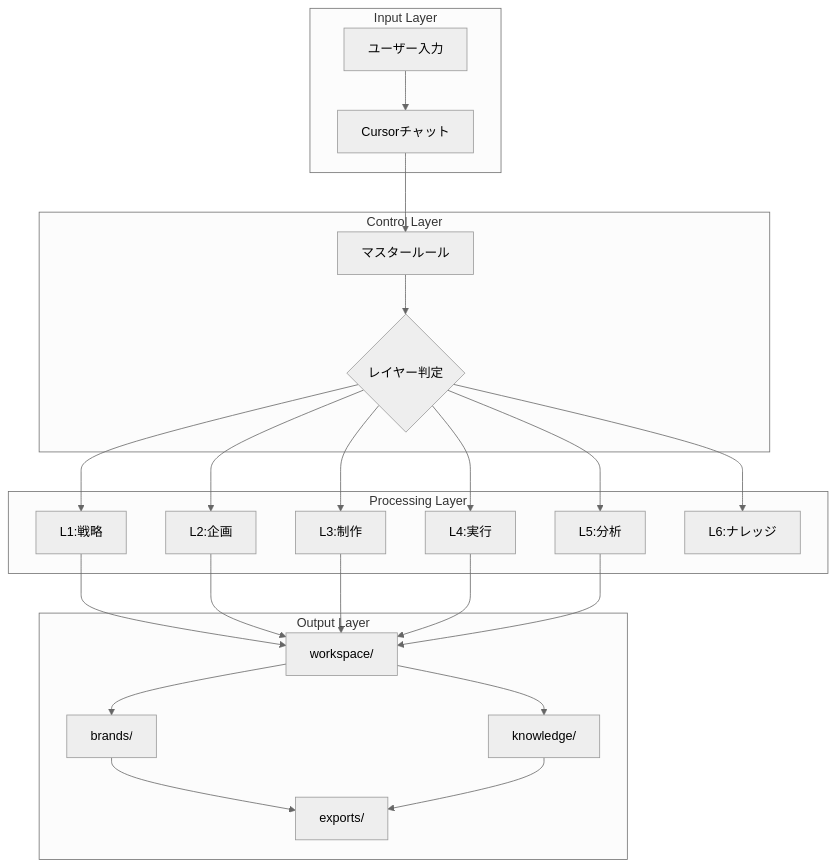
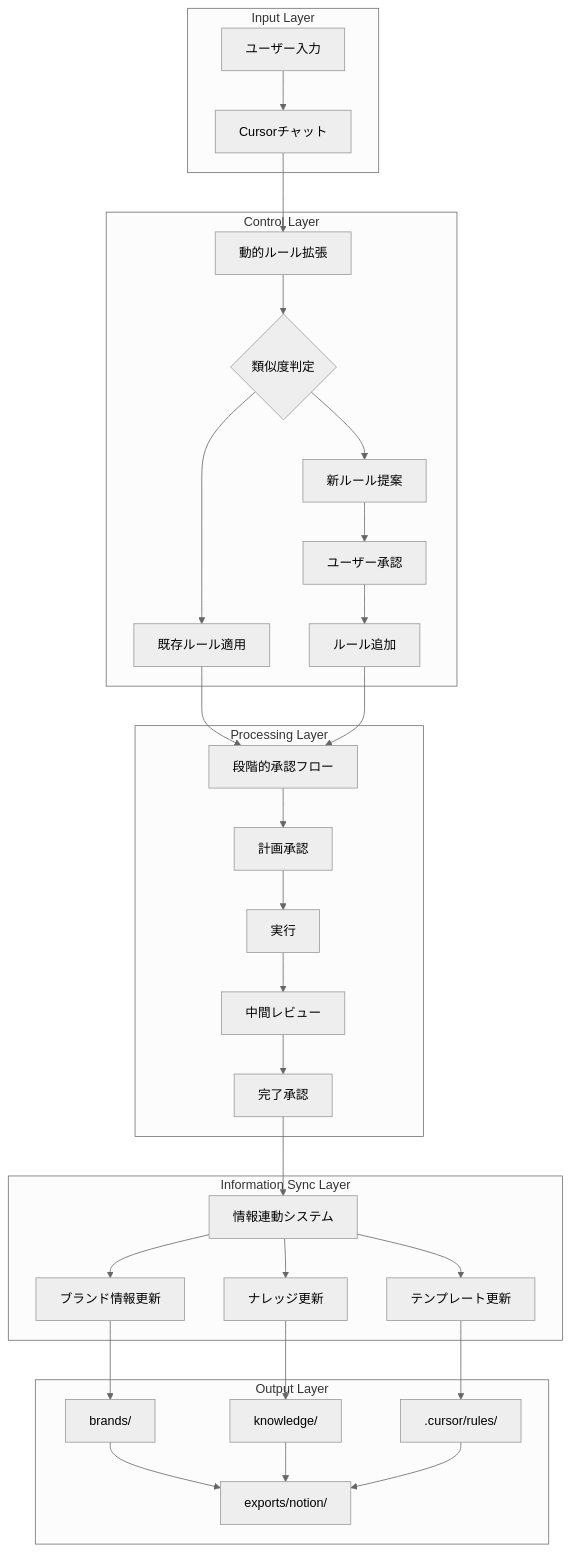
Before and after one commit to t-hamamura/mc-aipm_v0: the first of 2 diagrams in README.md, drawn with Mermaid (neutral theme). The commit also changed other lines of this file and 4 other files, not shown here.

````diff
--- a/README.md
+++ b/README.md
@@ -32,32 +39,40 @@
 ```mermaid
 graph TB
     subgraph "Input Layer"
         A[ユーザー入力] --> B[Cursorチャット]
     end
     
     subgraph "Control Layer"
-        B --> C[マスタールール]
-        C --> D{レイヤー判定}
+        B --> C[動的ルール拡張]
+        C --> D{類似度判定}
+        D --> E[既存ルール適用]
+        D --> F[新ルール提案]
+        F --> G[ユーザー承認]
+        G --> H[ルール追加]
     end
     
     subgraph "Processing Layer"
-        D --> E1[L1:戦略]
-        D --> E2[L2:企画]
-        D --> E3[L3:制作]
-        D --> E4[L4:実行]
-        D --> E5[L5:分析]
-        D --> E6[L6:ナレッジ]
+        E --> I1[段階的承認フロー]
+        H --> I1
+        I1 --> J1[計画承認]
+        J1 --> J2[実行]
+        J2 --> J3[中間レビュー]
+        J3 --> J4[完了承認]
+    end
+    
+    subgraph "Information Sync Layer"
+        J4 --> K[情報連動システム]
+        K --> L[ブランド情報更新]
+        K --> M[ナレッジ更新]
+        K --> N[テンプレート更新]
     end
     
     subgraph "Output Layer"
-        E1 --> F[workspace/]
-        E2 --> F
-        E3 --> F
-        E4 --> F
-        E5 --> F
-        F --> G[brands/]
-        F --> H[knowledge/]
-        G --> I[exports/]
-        H --> I
+        L --> O[brands/]
+        M --> P[knowledge/]
+        N --> Q[.cursor/rules/]
+        O --> R[exports/notion/]
+        P --> R
+        Q --> R
     end
 ```
````
